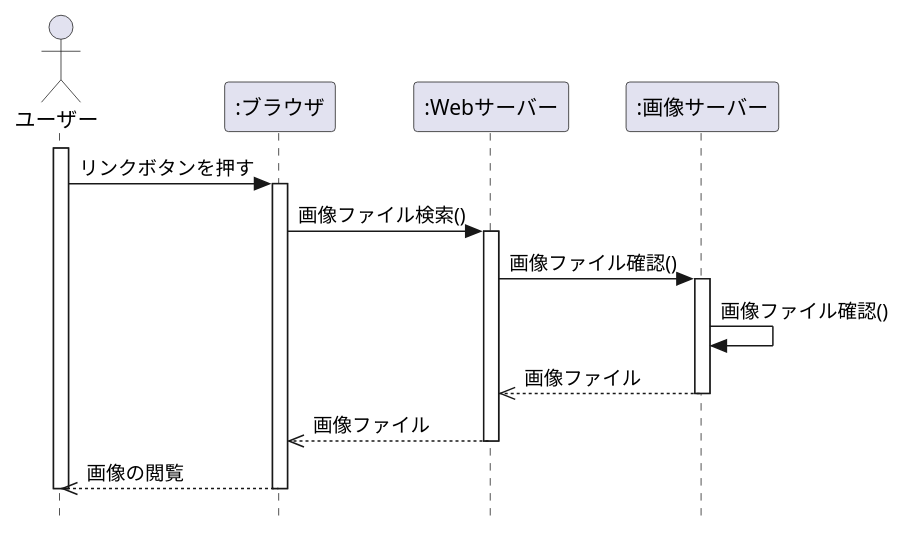
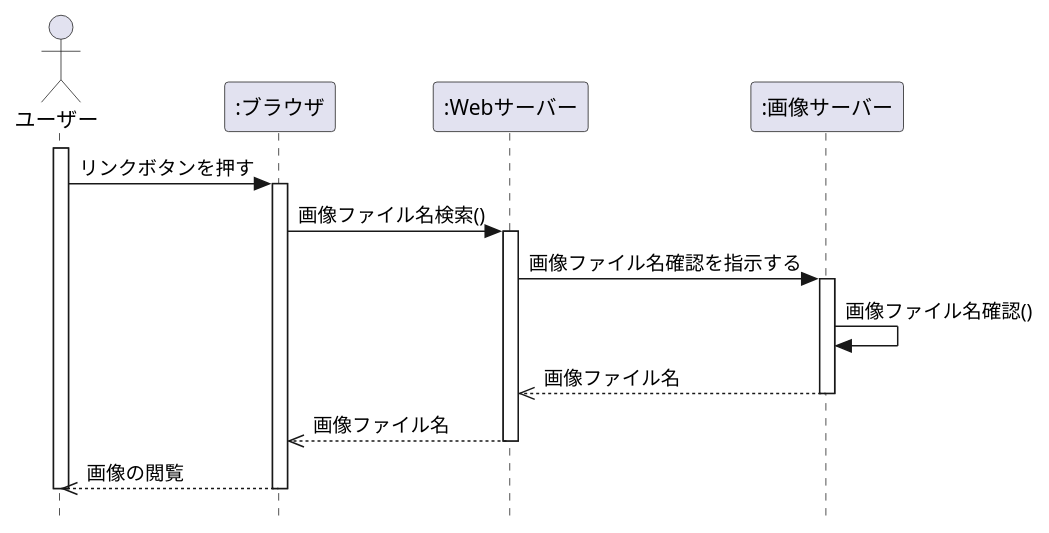
Before and after one commit to YumaSatou/uml-introduction: the diagram in 演習4-6_SD_Web画像検索.pu, drawn with PlantUML.

Commit message:
演習4-6

```diff
--- a/演習4-6_SD_Web画像検索.pu
+++ b/演習4-6_SD_Web画像検索.pu
@@ -1,27 +1,27 @@
 @startuml Web画像検索
 hide footbox
 skinparam style strictuml
 Actor ユーザー as user
 participant ":ブラウザ" as browser
 participant ":Webサーバー" as web
 participant ":画像サーバー" as server
 
 activate user
 user -> browser : リンクボタンを押す
 activate browser
-browser -> web : 画像ファイル検索()
+browser -> web : 画像ファイル名検索()
 activate web
-web -> server : 画像ファイル確認()
+web -> server : 画像ファイル名確認を指示する
 activate server
-server -> server : 画像ファイル確認()
-server -->> web : 画像ファイル
+server -> server : 画像ファイル名確認()
+server -->> web : 画像ファイル名
 deactivate server
 
-web -->> browser : 画像ファイル
+web -->> browser : 画像ファイル名
 deactivate web
 browser -->> user : 画像の閲覧
 deactivate browser
 
 deactivate user
 
 @enduml
```
